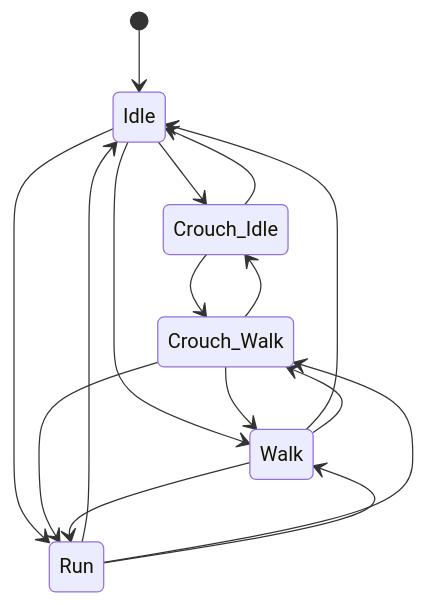
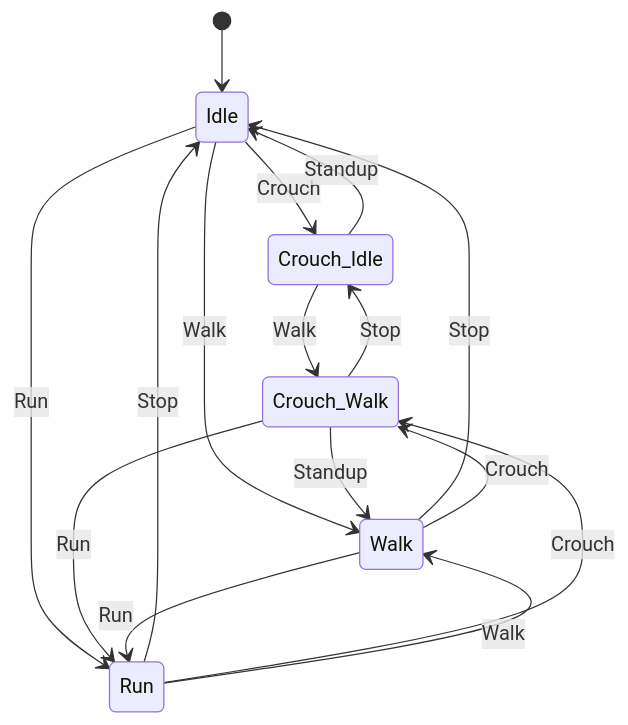
The first of 2 diagrams in FPS/Docs/PlayerCharacterController_AnimationState.md (kedzkiest/FPS), drawn with Mermaid before and after one commit. The commit also changed other lines of this file, not shown here.

Commit message:
遷移イベント名も表記

````diff
--- a/FPS/Docs/PlayerCharacterController_AnimationState.md
+++ b/FPS/Docs/PlayerCharacterController_AnimationState.md
@@ -2,23 +2,23 @@
 ```mermaid
 stateDiagram-v2
     [*] --> Idle
 
-    Idle --> Crouch_Idle
-    Idle --> Walk
-    Idle --> Run
+    Idle --> Crouch_Idle: Crouch
+    Idle --> Walk: Walk
+    Idle --> Run: Run
 
-    Crouch_Idle --> Idle
-    Crouch_Idle --> Crouch_Walk
+    Crouch_Idle --> Idle: Standup
+    Crouch_Idle --> Crouch_Walk: Walk
     
-    Crouch_Walk --> Crouch_Idle
-    Crouch_Walk --> Walk
-    Crouch_Walk --> Run
+    Crouch_Walk --> Crouch_Idle: Stop
+    Crouch_Walk --> Walk: Standup
+    Crouch_Walk --> Run: Run
 
-    Walk --> Idle
-    Walk --> Crouch_Walk
-    Walk --> Run
+    Walk --> Idle: Stop
+    Walk --> Crouch_Walk: Crouch
+    Walk --> Run: Run
 
-    Run --> Idle
-    Run --> Crouch_Walk
-    Run --> Walk
+    Run --> Idle: Stop
+    Run --> Crouch_Walk: Crouch
+    Run --> Walk: Walk
 ```
````
